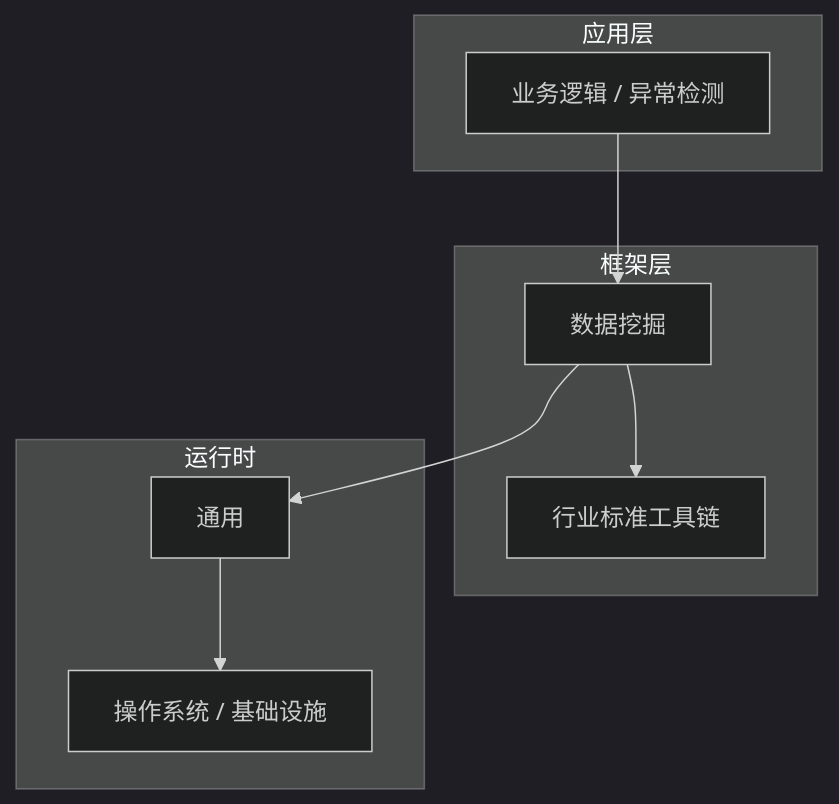
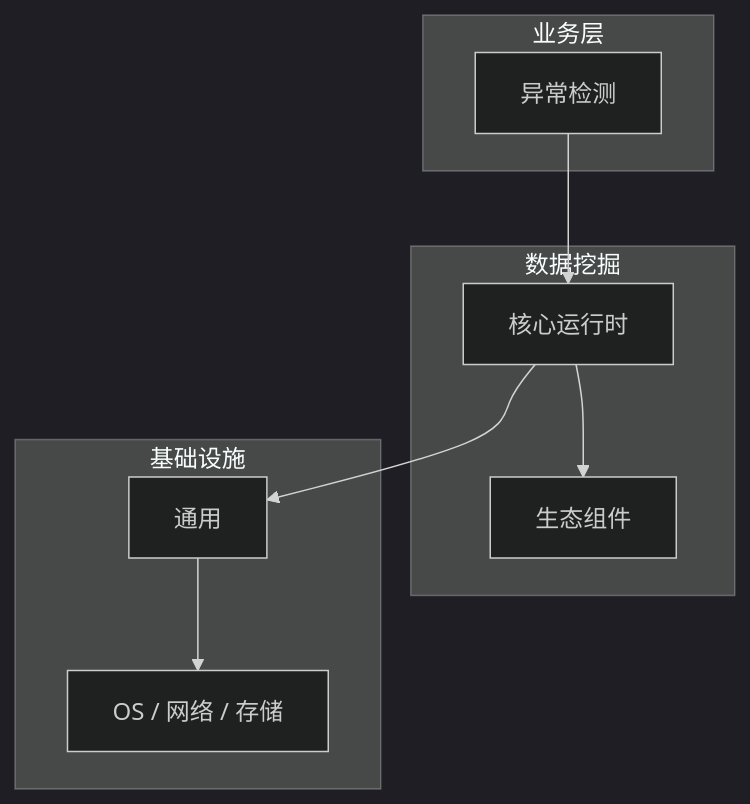
Before and after one commit to yanggan2015/knowledge-json-v2: the diagram in articles/数据挖掘/chapters/049-异常检测核心概念与原理.md, drawn with Mermaid (dark theme). The commit also changed other lines of this file and 10127 other files, not shown here.

````diff
--- a/articles/数据挖掘/chapters/049-异常检测核心概念与原理.md
+++ b/articles/数据挖掘/chapters/049-异常检测核心概念与原理.md
@@ -45,18 +30,18 @@
 ```mermaid
 graph TB
-    subgraph 应用层
-        A[业务逻辑 / 异常检测]
+    subgraph 业务层
+        A[异常检测]
     end
-    subgraph 框架层
-        B[数据挖掘]
-        C[行业标准工具链]
+    subgraph 数据挖掘
+        B[核心运行时]
+        C[生态组件]
     end
-    subgraph 运行时
+    subgraph 基础设施
         D[通用]
-        E[操作系统 / 基础设施]
+        E[OS / 网络 / 存储]
     end
     A --> B
     B --> C
     B --> D
     D --> E
 ```
````
